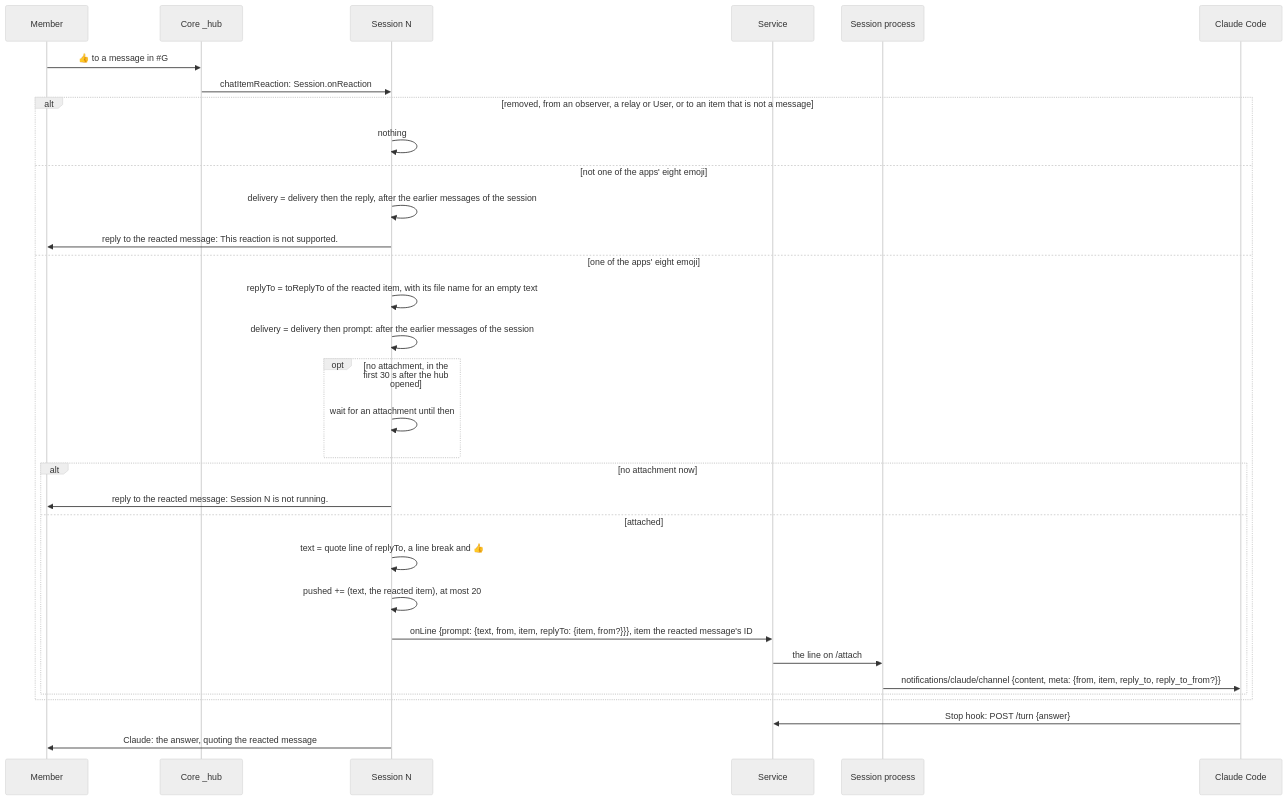
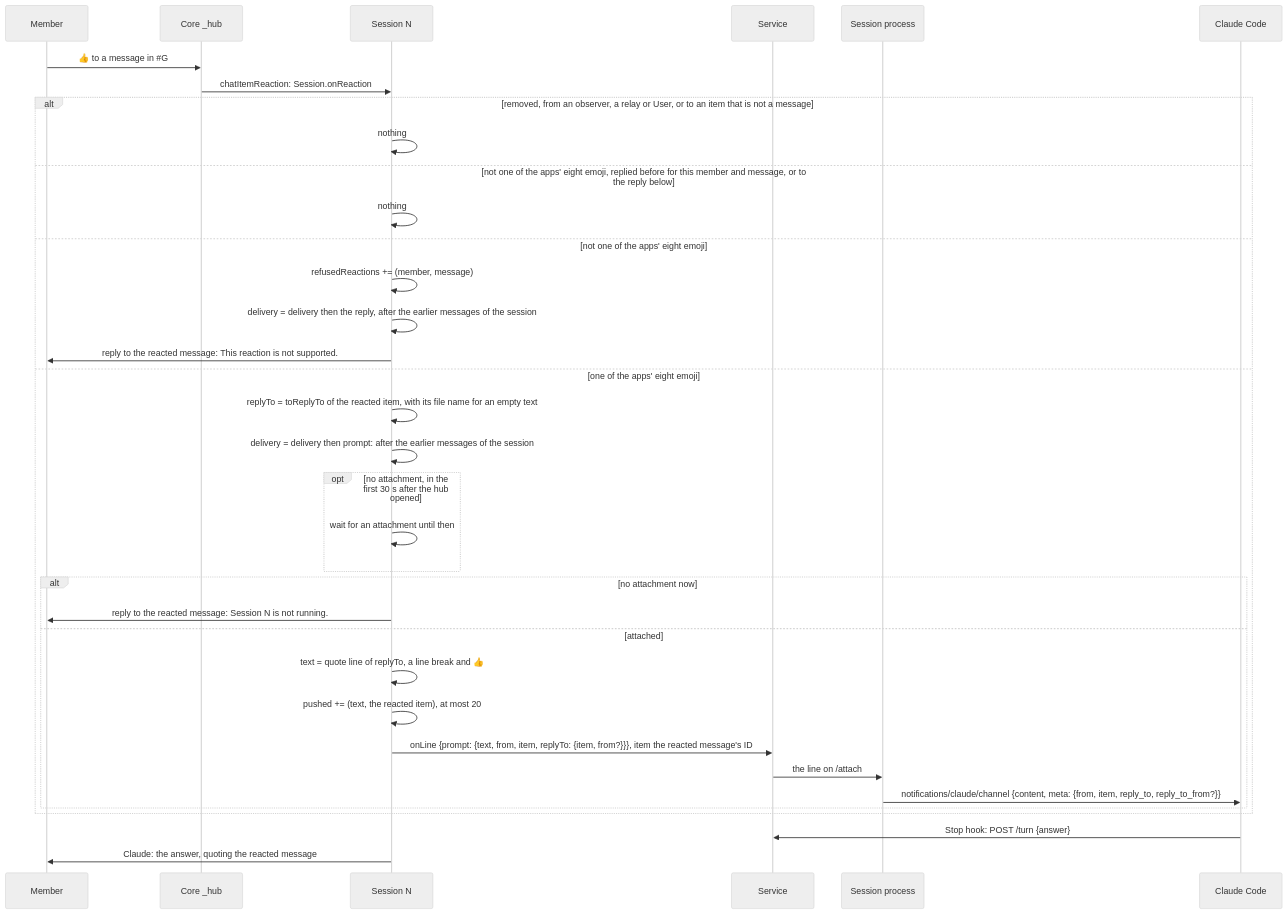
Before and after one commit to simplex-chat/simplex-chat: diagram 32 of 32 in packages/simplex-chat-mcp/spec/flows.md, drawn with Mermaid (neutral theme). The commit also changed other lines of this file and 8 other files, not shown here.

Commit message:
mcp: one reply per member and message for reactions Claude does not receive

````diff
--- a/packages/simplex-chat-mcp/spec/flows.md
+++ b/packages/simplex-chat-mcp/spec/flows.md
@@ -1453,34 +1453,37 @@
 ```mermaid
 sequenceDiagram
   participant O as Member
   participant C as Core _hub
   participant N as Session N
   participant D as Service
   participant S as Session process
   participant CC as Claude Code
   O->>C: 👍 to a message in #35;G
   C->>N: chatItemReaction: Session.onReaction
   alt removed, from an observer, a relay or User, or to an item that is not a message
     N->>N: nothing
+  else not one of the apps' eight emoji, replied before for this member and message, or to the reply below
+    N->>N: nothing
   else not one of the apps' eight emoji
+    N->>N: refusedReactions += (member, message)
     N->>N: delivery = delivery then the reply, after the earlier messages of the session
     N->>O: reply to the reacted message: This reaction is not supported.
   else one of the apps' eight emoji
     N->>N: replyTo = toReplyTo of the reacted item, with its file name for an empty text
     N->>N: delivery = delivery then prompt: after the earlier messages of the session
     opt no attachment, in the first 30 s after the hub opened
       N->>N: wait for an attachment until then
     end
     alt no attachment now
       N->>O: reply to the reacted message: Session N is not running.
     else attached
       N->>N: text = quote line of replyTo, a line break and 👍
       N->>N: pushed += (text, the reacted item), at most 20
       N->>D: onLine {prompt: {text, from, item, replyTo: {item, from?}}}, item the reacted message's ID
       D->>S: the line on /attach
       S->>CC: notifications/claude/channel {content, meta: {from, item, reply_to, reply_to_from?}}
     end
   end
   CC->>D: Stop hook: POST /turn {answer}
   N->>O: Claude: the answer, quoting the reacted message
 ```
````
